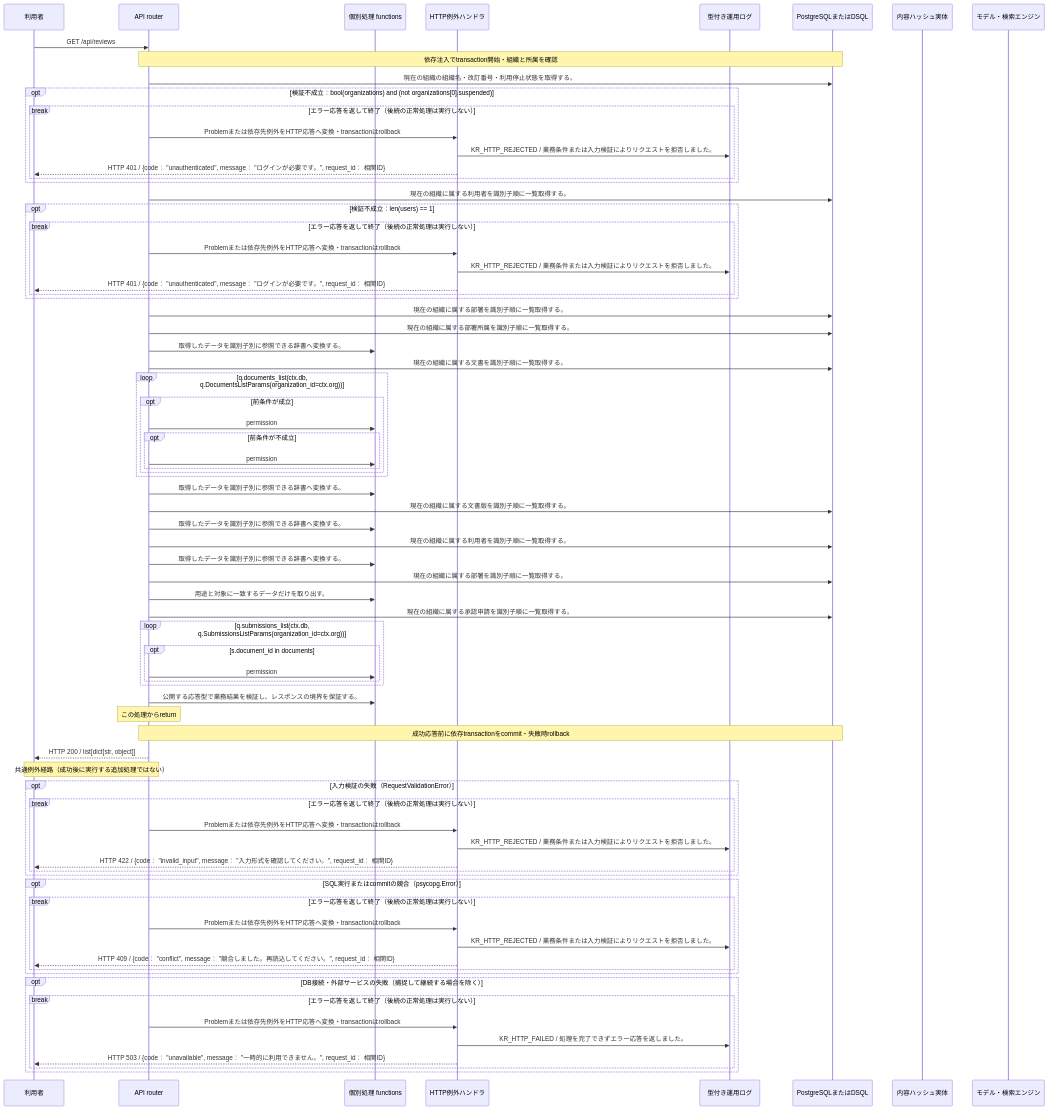
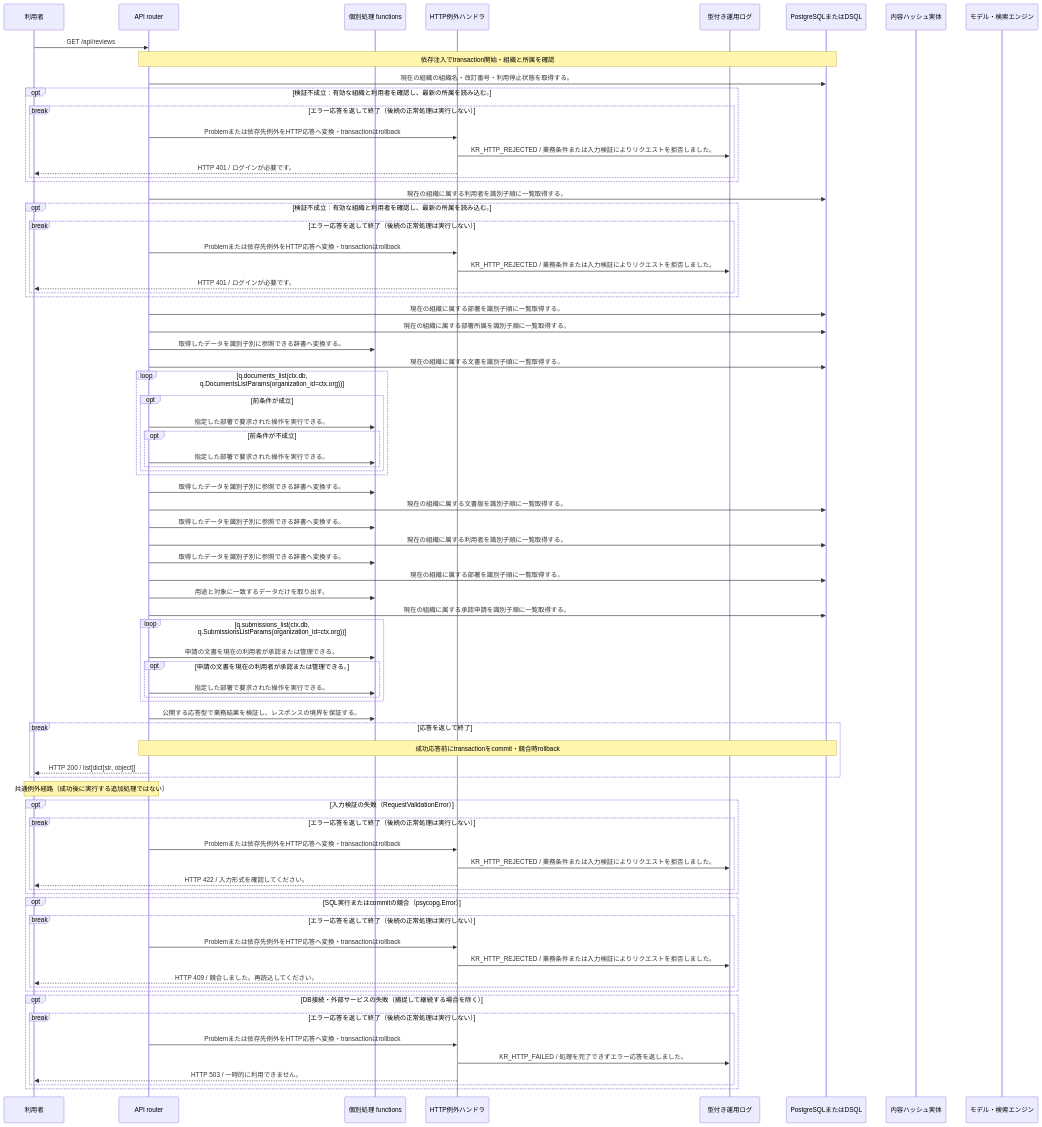
The diagram in docs/design/generated/api/reviews/list_reviews/sequence.md (tsuji-tomonori/KotoRelay), drawn with Mermaid before and after one commit. The commit also changed other lines of this file and 245 other files, not shown here.

````diff
--- a/docs/design/generated/api/reviews/list_reviews/sequence.md
+++ b/docs/design/generated/api/reviews/list_reviews/sequence.md
@@ -7,80 +7,82 @@
 ```mermaid
 sequenceDiagram
     participant U as 利用者
     participant A as API router
     participant F as 個別処理 functions
     participant E as HTTP例外ハンドラ
     participant L as 型付き運用ログ
     participant D as PostgreSQLまたはDSQL
     participant S as 内容ハッシュ実体
     participant M as モデル・検索エンジン
     U->>A: GET /api/reviews
     Note over A,D: 依存注入でtransaction開始・組織と所属を確認
     A->>D: 現在の組織の組織名・改訂番号・利用停止状態を取得する。
-    opt 検証不成立：bool(organizations) and (not organizations[0].suspended)
+    opt 検証不成立：有効な組織と利用者を確認し、最新の所属を読み込む。
     break エラー応答を返して終了（後続の正常処理は実行しない）
     A->>E: Problemまたは依存先例外をHTTP応答へ変換・transactionはrollback
     E->>L: KR_HTTP_REJECTED / 業務条件または入力検証によりリクエストを拒否しました。
-    E-->>U: HTTP 401 / {code： "unauthenticated", message： "ログインが必要です。", request_id： 相関ID}
+    E-->>U: HTTP 401 / ログインが必要です。
     end
     end
     A->>D: 現在の組織に属する利用者を識別子順に一覧取得する。
-    opt 検証不成立：len(users) == 1
+    opt 検証不成立：有効な組織と利用者を確認し、最新の所属を読み込む。
     break エラー応答を返して終了（後続の正常処理は実行しない）
     A->>E: Problemまたは依存先例外をHTTP応答へ変換・transactionはrollback
     E->>L: KR_HTTP_REJECTED / 業務条件または入力検証によりリクエストを拒否しました。
-    E-->>U: HTTP 401 / {code： "unauthenticated", message： "ログインが必要です。", request_id： 相関ID}
+    E-->>U: HTTP 401 / ログインが必要です。
     end
     end
     A->>D: 現在の組織に属する部署を識別子順に一覧取得する。
     A->>D: 現在の組織に属する部署所属を識別子順に一覧取得する。
     A->>F: 取得したデータを識別子別に参照できる辞書へ変換する。
     A->>D: 現在の組織に属する文書を識別子順に一覧取得する。
     loop q.documents_list(ctx.db, q.DocumentsListParams(organization_id=ctx.org))
     opt 前条件が成立
-    A->>F: permission
+    A->>F: 指定した部署で要求された操作を実行できる。
     opt 前条件が不成立
-    A->>F: permission
+    A->>F: 指定した部署で要求された操作を実行できる。
     end
     end
     end
     A->>F: 取得したデータを識別子別に参照できる辞書へ変換する。
     A->>D: 現在の組織に属する文書版を識別子順に一覧取得する。
     A->>F: 取得したデータを識別子別に参照できる辞書へ変換する。
     A->>D: 現在の組織に属する利用者を識別子順に一覧取得する。
     A->>F: 取得したデータを識別子別に参照できる辞書へ変換する。
     A->>D: 現在の組織に属する部署を識別子順に一覧取得する。
     A->>F: 用途と対象に一致するデータだけを取り出す。
     A->>D: 現在の組織に属する承認申請を識別子順に一覧取得する。
     loop q.submissions_list(ctx.db, q.SubmissionsListParams(organization_id=ctx.org))
-    opt s.document_id in documents
-    A->>F: permission
+    A->>F: 申請の文書を現在の利用者が承認または管理できる。
+    opt 申請の文書を現在の利用者が承認または管理できる。
+    A->>F: 指定した部署で要求された操作を実行できる。
     end
     end
     A->>F: 公開する応答型で業務結果を検証し、レスポンスの境界を保証する。
-    Note over A: この処理からreturn
-    Note over A,D: 成功応答前に依存transactionをcommit・失敗時rollback
+    break 応答を返して終了
+    Note over A,D: 成功応答前にtransactionをcommit・競合時rollback
     A-->>U: HTTP 200 / list[dict[str, object]]
+    end
     Note over A,U: 共通例外経路（成功後に実行する追加処理ではない）
     opt 入力検証の失敗（RequestValidationError）
     break エラー応答を返して終了（後続の正常処理は実行しない）
     A->>E: Problemまたは依存先例外をHTTP応答へ変換・transactionはrollback
     E->>L: KR_HTTP_REJECTED / 業務条件または入力検証によりリクエストを拒否しました。
-    E-->>U: HTTP 422 / {code： "invalid_input", message： "入力形式を確認してください。", request_id： 相関ID}
+    E-->>U: HTTP 422 / 入力形式を確認してください。
     end
     end
     opt SQL実行またはcommitの競合（psycopg.Error）
     break エラー応答を返して終了（後続の正常処理は実行しない）
     A->>E: Problemまたは依存先例外をHTTP応答へ変換・transactionはrollback
     E->>L: KR_HTTP_REJECTED / 業務条件または入力検証によりリクエストを拒否しました。
-    E-->>U: HTTP 409 / {code： "conflict", message： "競合しました。再読込してください。", request_id： 相関ID}
+    E-->>U: HTTP 409 / 競合しました。再読込してください。
     end
     end
     opt DB接続・外部サービスの失敗（捕捉して継続する場合を除く）
     break エラー応答を返して終了（後続の正常処理は実行しない）
     A->>E: Problemまたは依存先例外をHTTP応答へ変換・transactionはrollback
     E->>L: KR_HTTP_FAILED / 処理を完了できずエラー応答を返しました。
-    E-->>U: HTTP 503 / {code： "unavailable", message： "一時的に利用できません。", request_id： 相関ID}
+    E-->>U: HTTP 503 / 一時的に利用できません。
     end
     end
 ```
````
